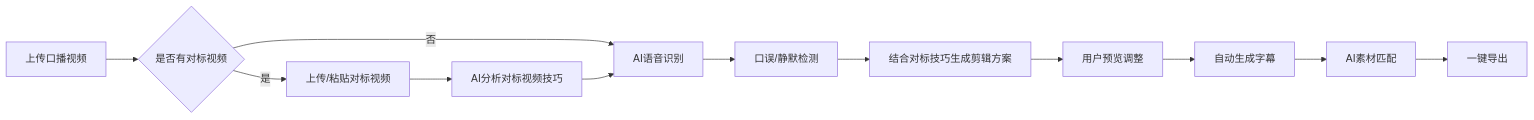
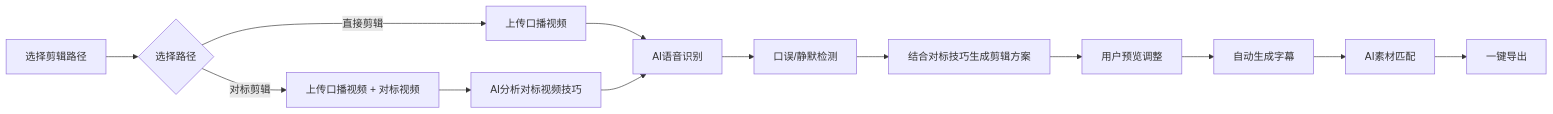
Before and after one commit to djndk391-ux/superpowers: the diagram in .trae/documents/prd.md, drawn with Mermaid. The commit also changed other lines of this file, not shown here.

Commit message:
feat: 自动选择技能

````diff
--- a/.trae/documents/prd.md
+++ b/.trae/documents/prd.md
@@ -40,14 +42,15 @@
 ```mermaid
 flowchart LR
-    A[上传口播视频] --> B{是否有对标视频}
-    B -->|是| C[上传/粘贴对标视频]
-    B -->|否| E
-    C --> D[AI分析对标视频技巧]
-    D --> E[AI语音识别]
-    E --> F[口误/静默检测]
-    F --> G[结合对标技巧生成剪辑方案]
-    G --> H[用户预览调整]
-    H --> I[自动生成字幕]
-    I --> J[AI素材匹配]
-    J --> K[一键导出]
+    A[选择剪辑路径] --> B{选择路径}
+    B -->|直接剪辑| C[上传口播视频]
+    B -->|对标剪辑| D[上传口播视频 + 对标视频]
+    D --> E[AI分析对标视频技巧]
+    C --> F
+    E --> F[AI语音识别]
+    F --> G[口误/静默检测]
+    G --> H[结合对标技巧生成剪辑方案]
+    H --> I[用户预览调整]
+    I --> J[自动生成字幕]
+    J --> K[AI素材匹配]
+    K --> L[一键导出]
 ```
````
